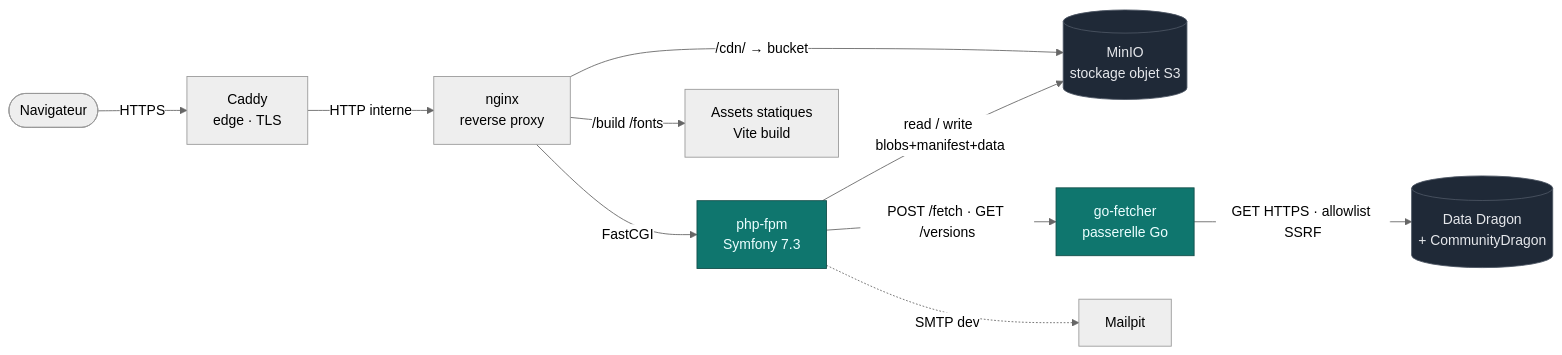
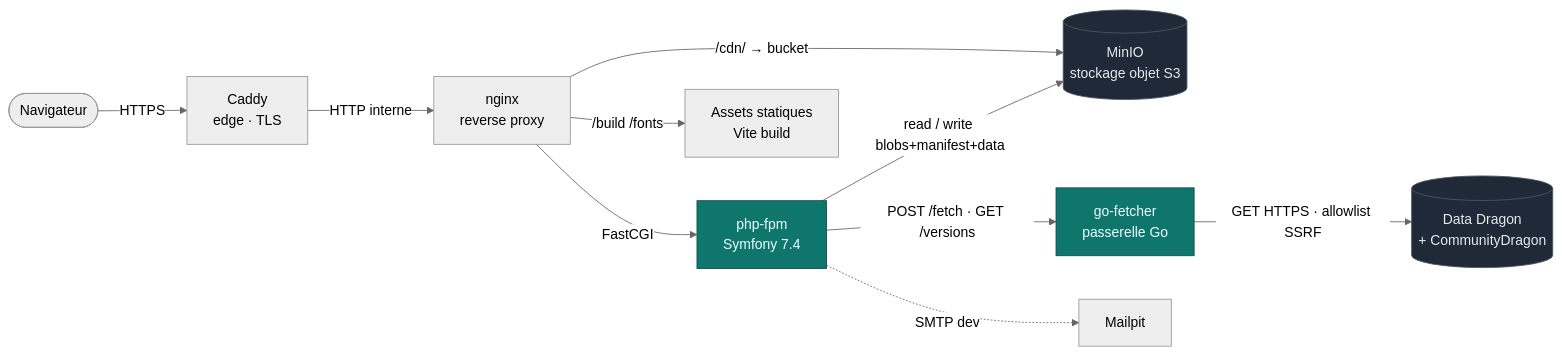
Before and after one commit to LINDECKER-Charles/LeagueOfDataBaseFinal: the first of 7 diagrams in README.md, drawn with Mermaid (neutral theme). The commit also changed other lines of this file and 8 other files, not shown here.

````diff
--- a/README.md
+++ b/README.md
@@ -183,20 +202,20 @@
 ```mermaid
 flowchart LR
     U([Navigateur]) -->|HTTPS| Caddy[Caddy<br/>edge · TLS]
     Caddy -->|HTTP interne| Nginx[nginx<br/>reverse proxy]
 
-    Nginx -->|FastCGI| PHP[php-fpm<br/>Symfony 7.3]
+    Nginx -->|FastCGI| PHP[php-fpm<br/>Symfony 7.4]
     Nginx -->|/cdn/ → bucket| MinIO[(MinIO<br/>stockage objet S3)]
     Nginx -->|/build /fonts| Static[Assets statiques<br/>Vite build]
 
     PHP -->|POST /fetch · GET /versions| Go[go-fetcher<br/>passerelle Go]
     PHP -->|read / write blobs+manifest+data| MinIO
     PHP -.->|SMTP dev| Mail[Mailpit]
 
     Go -->|GET HTTPS · allowlist SSRF| DDragon[(Data Dragon<br/>+ CommunityDragon)]
 
     classDef ext fill:#1f2937,stroke:#4b5563,color:#e5e7eb
     classDef core fill:#0f766e,stroke:#134e4a,color:#ecfeff
     class DDragon,MinIO ext
     class PHP,Go core
 ```
````
